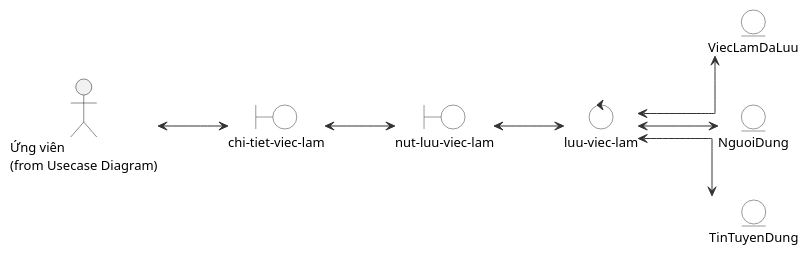
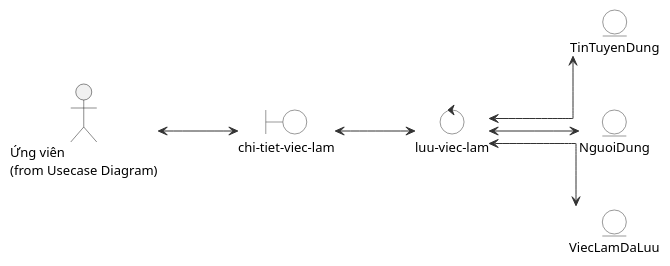
The diagram in docs/so-do/04-robustness/09-robustness-luu-viec-lam.puml (hole-six/DoAn), drawn with PlantUML before and after one commit. The commit also changed 24 other files, not shown here.

```diff
--- a/docs/so-do/04-robustness/09-robustness-luu-viec-lam.puml
+++ b/docs/so-do/04-robustness/09-robustness-luu-viec-lam.puml
@@ -1,57 +1,55 @@
 @startuml
 skinparam defaultFontName "Segoe UI"
 skinparam defaultFontSize 13
 skinparam shadowing false
 skinparam linetype ortho
-skinparam nodesep 45
-skinparam ranksep 70
+skinparam nodesep 50
+skinparam ranksep 80
 left to right direction
 skinparam actorStyle stick
 skinparam roundcorner 8
 skinparam ArrowColor #333333
 skinparam rectangleBorderColor #333333
 skinparam boundary {
   BackgroundColor White
   BorderColor #333333
 }
 skinparam control {
   BackgroundColor White
   BorderColor #333333
 }
 skinparam entity {
   BackgroundColor White
   BorderColor #333333
 }
 
 actor "Ứng viên\n(from Usecase Diagram)" as Actor
 
-' ── Lớp boundary (màn hình) ──
+' ── Lớp boundary ──
+' nut-luu-viec-lam là action nằm trong trang chi-tiet-viec-lam, không phải trang riêng
 together {
   boundary "chi-tiet-viec-lam" as UI
-  boundary "nut-luu-viec-lam" as Form
 }
 
-' ── Lớp control (xử lý) ──
+' ── Lớp control ──
 together {
   control "luu-viec-lam" as Controller
 }
 
-' ── Lớp entity (dữ liệu) ──
+' ── Lớp entity ──
 together {
   entity "ViecLamDaLuu" as ViecLamDaLuu
   entity "NguoiDung" as NguoiDung
   entity "TinTuyenDung" as TinTuyenDung
 }
 
-' ── Quan hệ actor ↔ boundary ──
 Actor <--> UI
+UI <--> Controller
 
-' ── boundary ↔ boundary / control ──
-UI <--> Form
-Form <--> Controller
-
-' ── control ↔ entity ──
 Controller <--> ViecLamDaLuu
 Controller <--> NguoiDung
 Controller <--> TinTuyenDung
+
+ViecLamDaLuu -[hidden]right-> NguoiDung
+NguoiDung -[hidden]right-> TinTuyenDung
 @enduml
```
